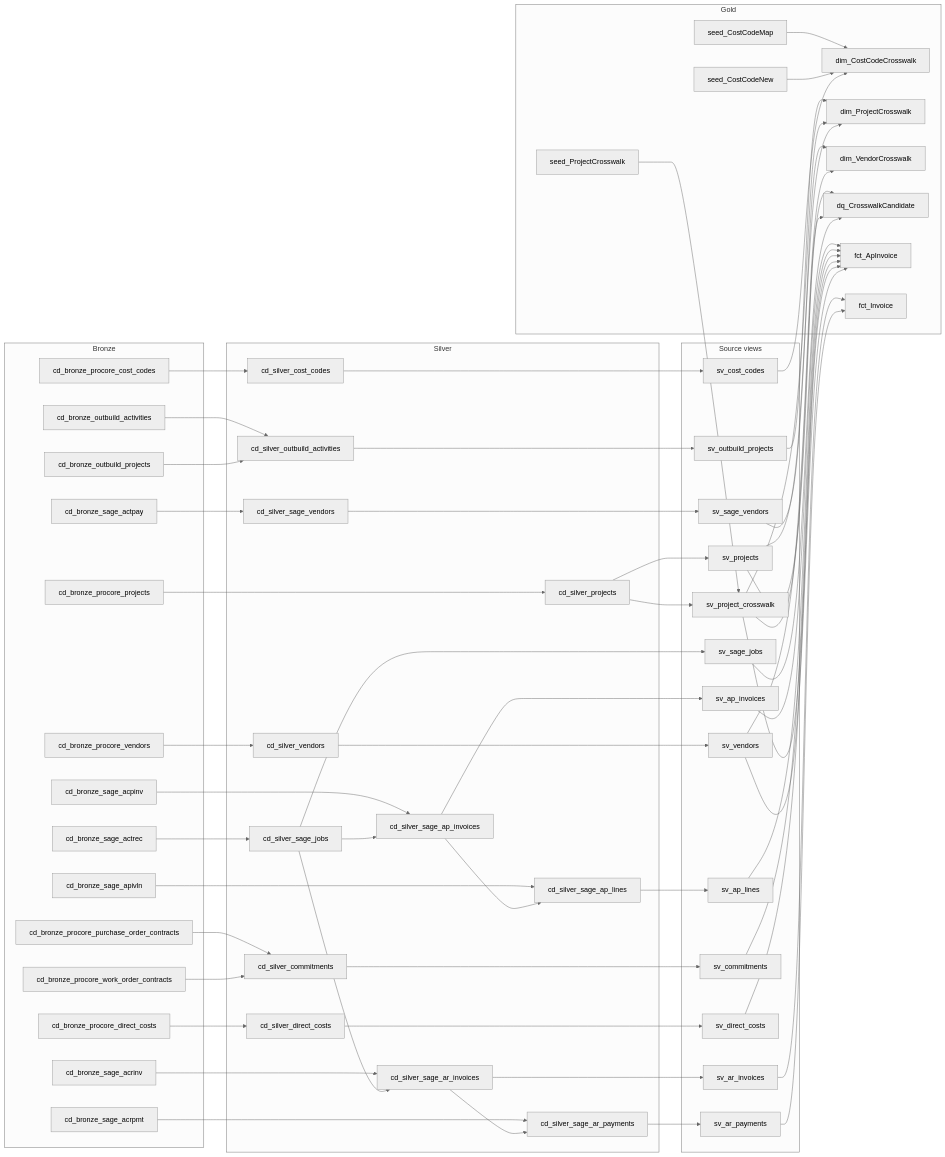
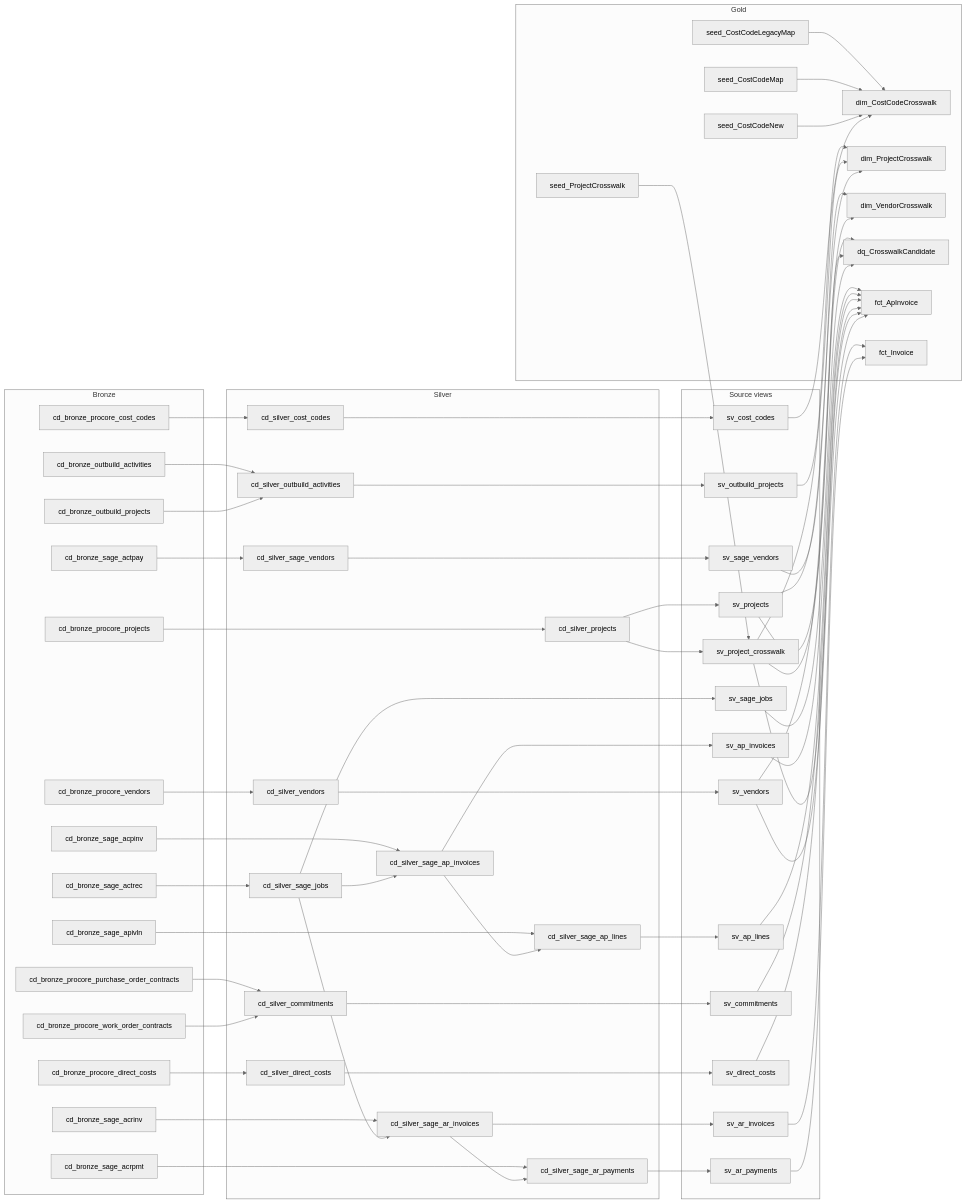
One commit to charley-forey/Affect-Build-Flows changed the second of 5 diagrams in foundation/charley-dev/_docs/data-dictionary.md. Above: the diagram before and after it, drawn with Mermaid (neutral theme). The commit also changed other lines of this file and 19 other files, not shown here.

First line of the commit message:
Map legacy Procore codes and load the 2026-09-30 cost-code master

```diff
--- a/foundation/charley-dev/_docs/data-dictionary.md
+++ b/foundation/charley-dev/_docs/data-dictionary.md
@@ -399,6 +399,7 @@
     dq_CrosswalkCandidate
     fct_ApInvoice
     fct_Invoice
+    seed_CostCodeLegacyMap
     seed_CostCodeMap
     seed_CostCodeNew
     seed_ProjectCrosswalk
@@ -434,6 +435,7 @@
   cd_silver_sage_jobs --> sv_sage_jobs
   cd_silver_sage_vendors --> sv_sage_vendors
   cd_silver_vendors --> sv_vendors
+  seed_CostCodeLegacyMap --> dim_CostCodeCrosswalk
   seed_CostCodeMap --> dim_CostCodeCrosswalk
   seed_CostCodeNew --> dim_CostCodeCrosswalk
   seed_ProjectCrosswalk --> sv_project_crosswalk
```
